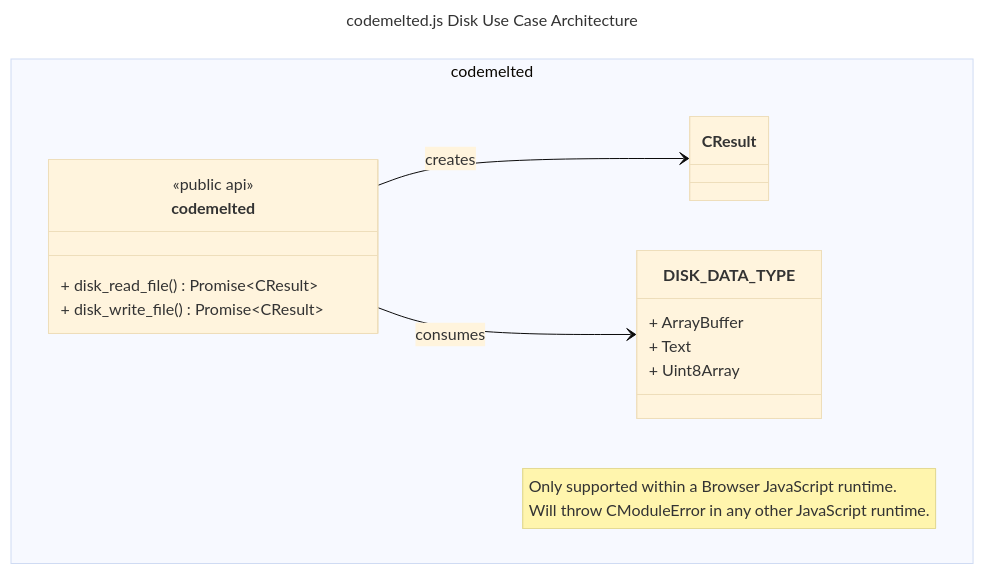
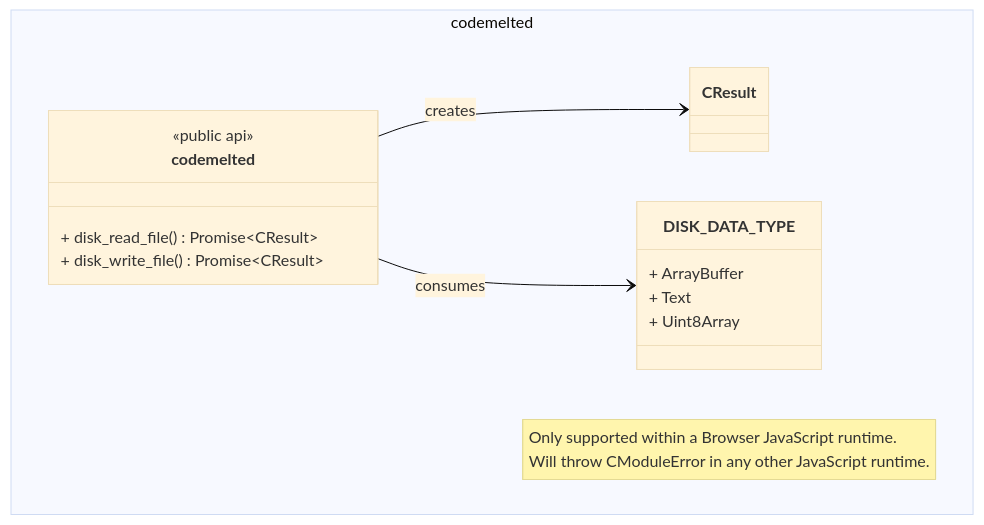
The diagram in docs/models/disk_usecase.mmd (CodeMelted/codemelted.js), drawn with Mermaid (base theme) before and after one commit. The commit also changed 116 other files, not shown here.

```diff
--- a/docs/models/disk_usecase.mmd
+++ b/docs/models/disk_usecase.mmd
@@ -1,25 +1,22 @@
----
-title: codemelted.js Disk Use Case Architecture
----
 classDiagram
   direction TB
   namespace codemelted_ns["codemelted"] {
     %% Module Core
     class CResult
 
     %% Use Case Objects
     class DISK_DATA_TYPE {
       + ArrayBuffer
       + Text
       + Uint8Array
     }
     class codemelted {
       <<public api>>
       + disk_read_file() Promise~CResult~
       + disk_write_file() Promise~CResult~
     }
 
     note "Only supported within a Browser JavaScript runtime.<br>Will throw CModuleError in any other JavaScript runtime."
   }
   codemelted --> DISK_DATA_TYPE: consumes
   codemelted --> CResult: creates
```
